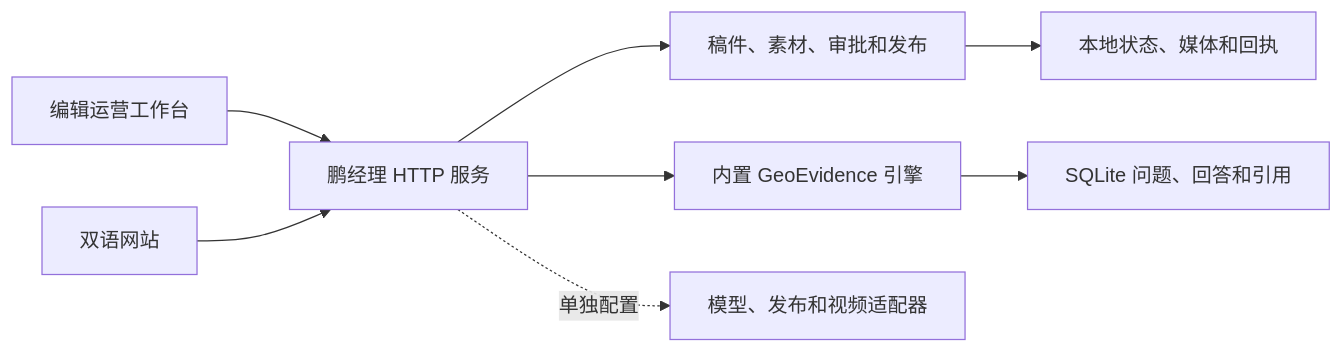
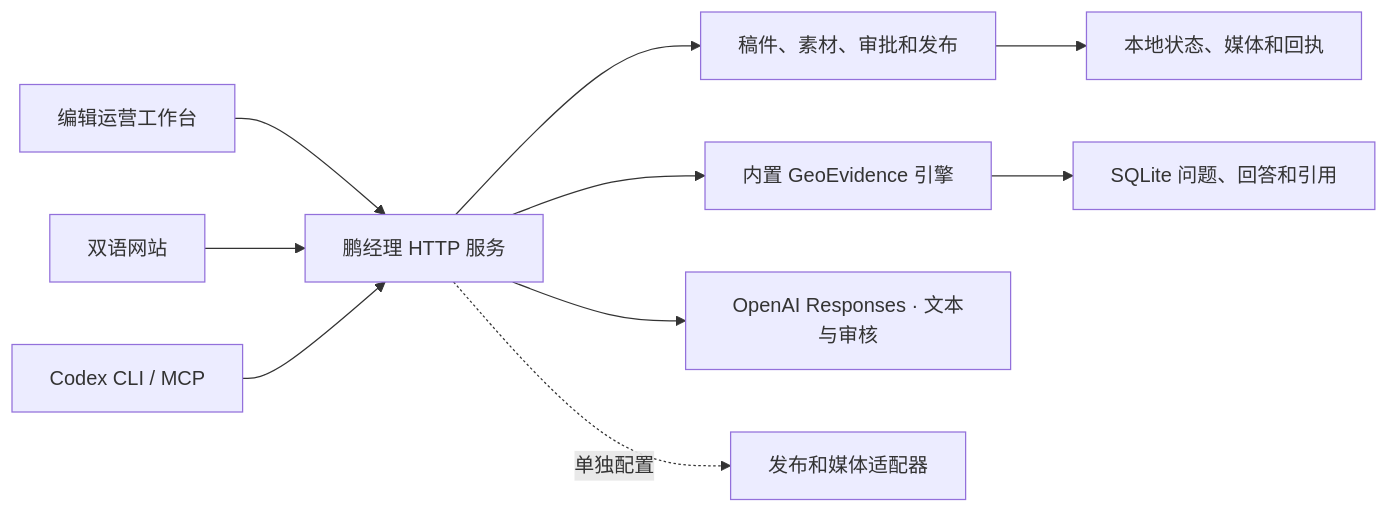
The diagram in README.md (geniusdapeng-collab/pengmanager), drawn with Mermaid before and after one commit. The commit also changed other lines of this file and 118 other files, not shown here.

````diff
--- a/README.md
+++ b/README.md
@@ -35,10 +43,12 @@
 ```mermaid
 flowchart LR
   Editor["编辑运营工作台"] --> Host["鹏经理 HTTP 服务"]
   Reader["双语网站"] --> Host
   Host --> Editorial["稿件、素材、审批和发布"]
   Host --> Geo["内置 GeoEvidence 引擎"]
   Editorial --> Files["本地状态、媒体和回执"]
   Geo --> SQLite["SQLite 问题、回答和引用"]
-  Host -.单独配置.-> Adapters["模型、发布和视频适配器"]
+  Codex["Codex CLI / MCP"] --> Host
+  Host --> OpenAI["OpenAI Responses · 文本与审核"]
+  Host -.单独配置.-> Adapters["发布和媒体适配器"]
 ```
````
